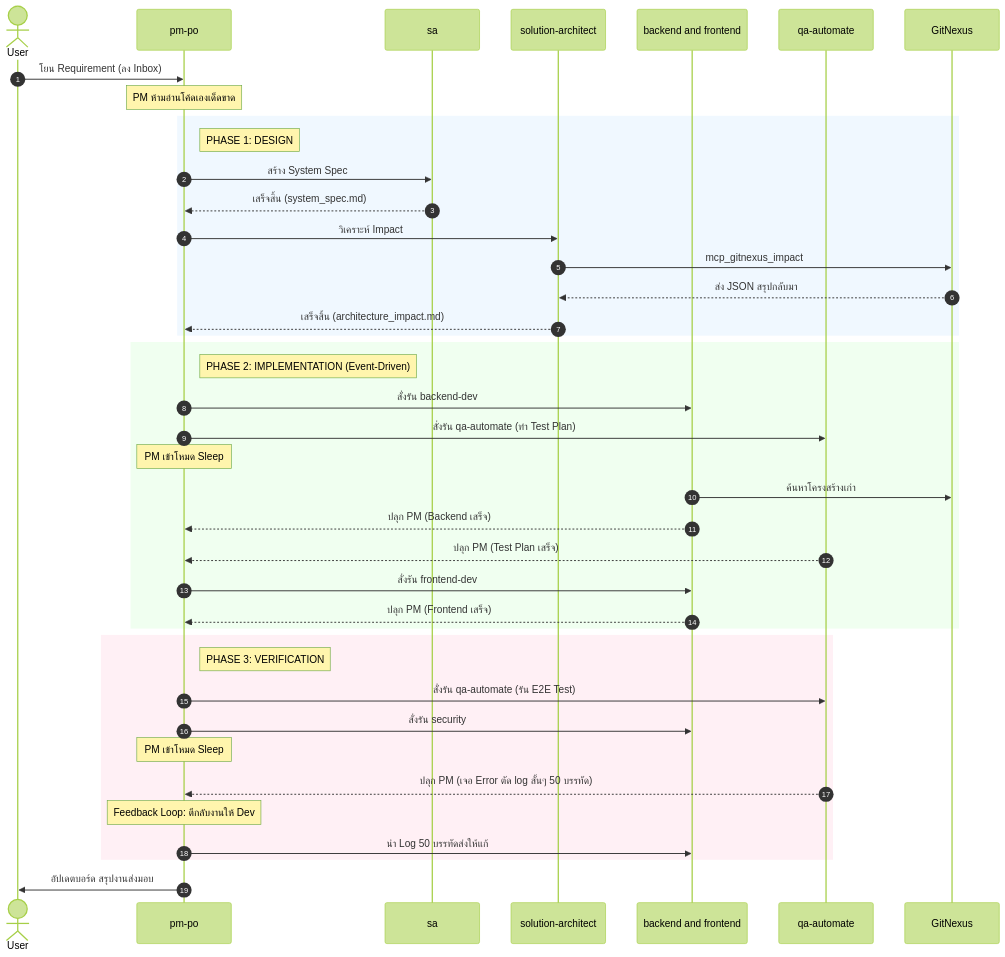
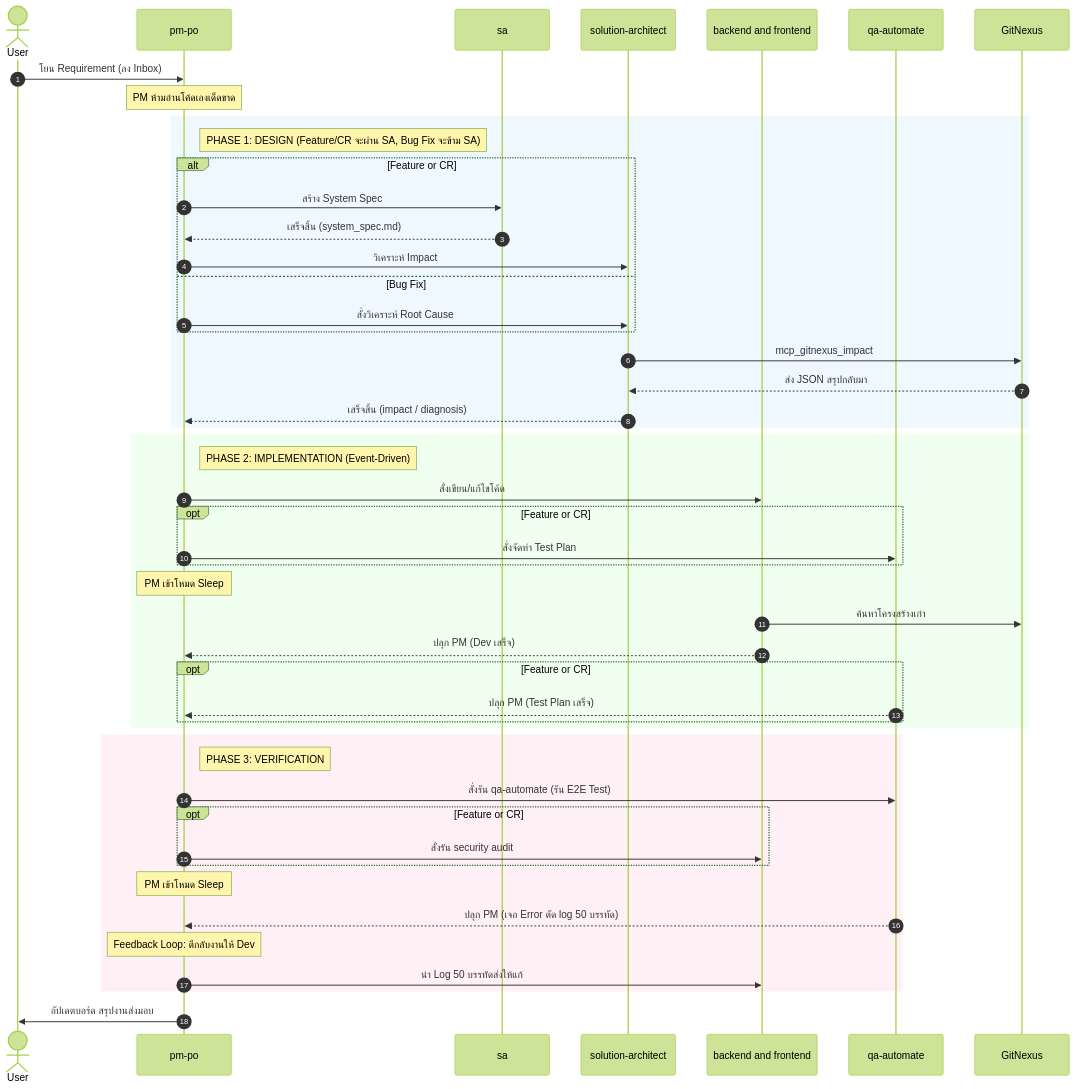
Before and after one commit to supat29182/gemini-agent-team-template: the second of 2 diagrams in README.md, drawn with Mermaid (forest theme). The commit also changed other lines of this file and 10 other files, not shown here.

Commit message:
refactor(aisdlc): clean legacy references, standardize timeouts, and add CR/Bug flows

````diff
--- a/README.md
+++ b/README.md
@@ -41,51 +48,58 @@
 ```mermaid
 sequenceDiagram
     autonumber
     actor User
     participant PM as pm-po
     participant SA as sa
     participant Arch as solution-architect
     participant Devs as backend and frontend
     participant QA as qa-automate
     participant Nexus as GitNexus
     
     User->>PM: โยน Requirement (ลง Inbox)
     Note over PM: PM ห้ามอ่านโค้ดเองเด็ดขาด
     
     rect rgb(240, 248, 255)
-        Note right of PM: PHASE 1: DESIGN
-        PM->>SA: สร้าง System Spec
-        SA-->>PM: เสร็จสิ้น (system_spec.md)
-        PM->>Arch: วิเคราะห์ Impact
+        Note right of PM: PHASE 1: DESIGN (Feature/CR จะผ่าน SA, Bug Fix จะข้าม SA)
+        alt Feature or CR
+            PM->>SA: สร้าง System Spec
+            SA-->>PM: เสร็จสิ้น (system_spec.md)
+            PM->>Arch: วิเคราะห์ Impact
+        else Bug Fix
+            PM->>Arch: สั่งวิเคราะห์ Root Cause
+        end
         Arch->>Nexus: mcp_gitnexus_impact
         Nexus-->>Arch: ส่ง JSON สรุปกลับมา
-        Arch-->>PM: เสร็จสิ้น (architecture_impact.md)
+        Arch-->>PM: เสร็จสิ้น (impact / diagnosis)
     end
 
     rect rgb(240, 255, 240)
         Note right of PM: PHASE 2: IMPLEMENTATION (Event-Driven)
-        PM->>Devs: สั่งรัน backend-dev
-        PM->>QA: สั่งรัน qa-automate (ทำ Test Plan)
+        PM->>Devs: สั่งเขียน/แก้ไขโค้ด
+        opt Feature or CR
+            PM->>QA: สั่งจัดทำ Test Plan
+        end
         Note over PM: PM เข้าโหมด Sleep
         
         Devs->>Nexus: ค้นหาโครงสร้างเก่า
-        Devs-->>PM: ปลุก PM (Backend เสร็จ)
-        QA-->>PM: ปลุก PM (Test Plan เสร็จ)
-        
-        PM->>Devs: สั่งรัน frontend-dev
-        Devs-->>PM: ปลุก PM (Frontend เสร็จ)
+        Devs-->>PM: ปลุก PM (Dev เสร็จ)
+        opt Feature or CR
+            QA-->>PM: ปลุก PM (Test Plan เสร็จ)
+        end
     end
 
     rect rgb(255, 240, 245)
         Note right of PM: PHASE 3: VERIFICATION
         PM->>QA: สั่งรัน qa-automate (รัน E2E Test)
-        PM->>Devs: สั่งรัน security
+        opt Feature or CR
+            PM->>Devs: สั่งรัน security audit
+        end
         Note over PM: PM เข้าโหมด Sleep
         
-        QA-->>PM: ปลุก PM (เจอ Error ตัด log สั้นๆ 50 บรรทัด)
+        QA-->>PM: ปลุก PM (เจอ Error ตัด log 50 บรรทัด)
         Note over PM: Feedback Loop: ตีกลับงานให้ Dev
         PM->>Devs: นำ Log 50 บรรทัดส่งให้แก้
     end
     
     PM->>User: อัปเดตบอร์ด สรุปงานส่งมอบ
 ```
````
